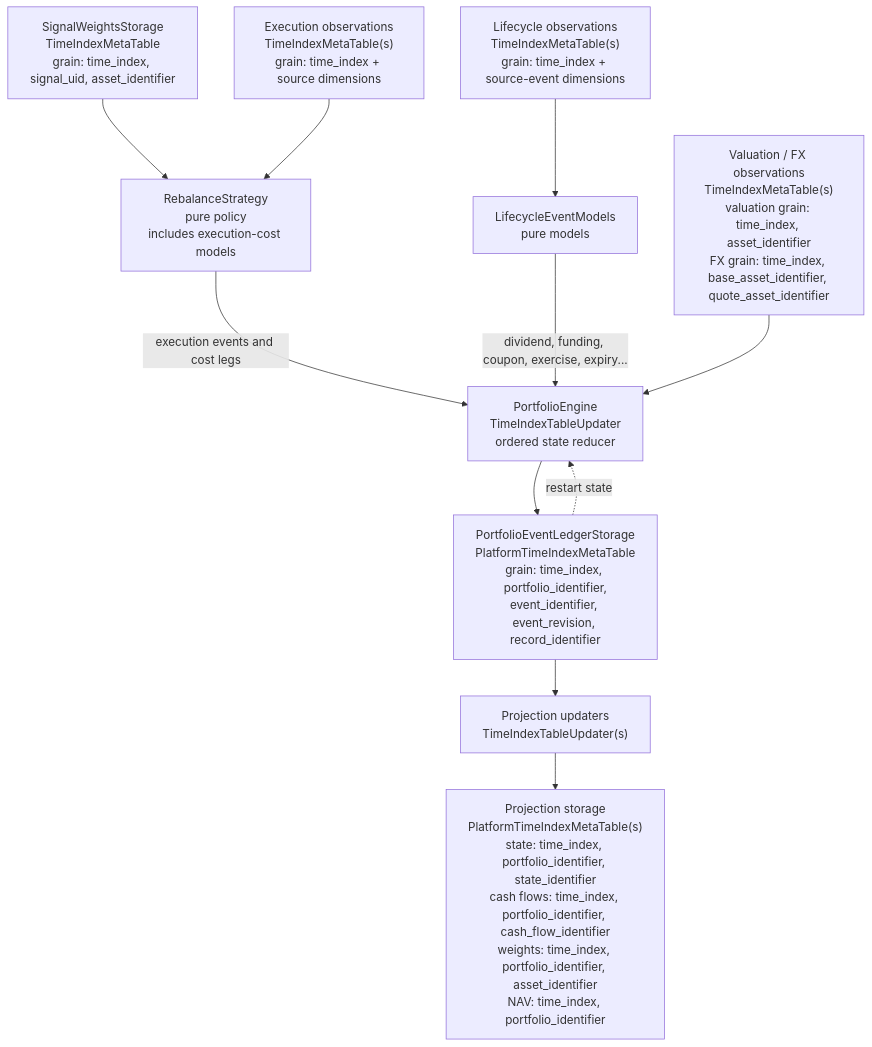
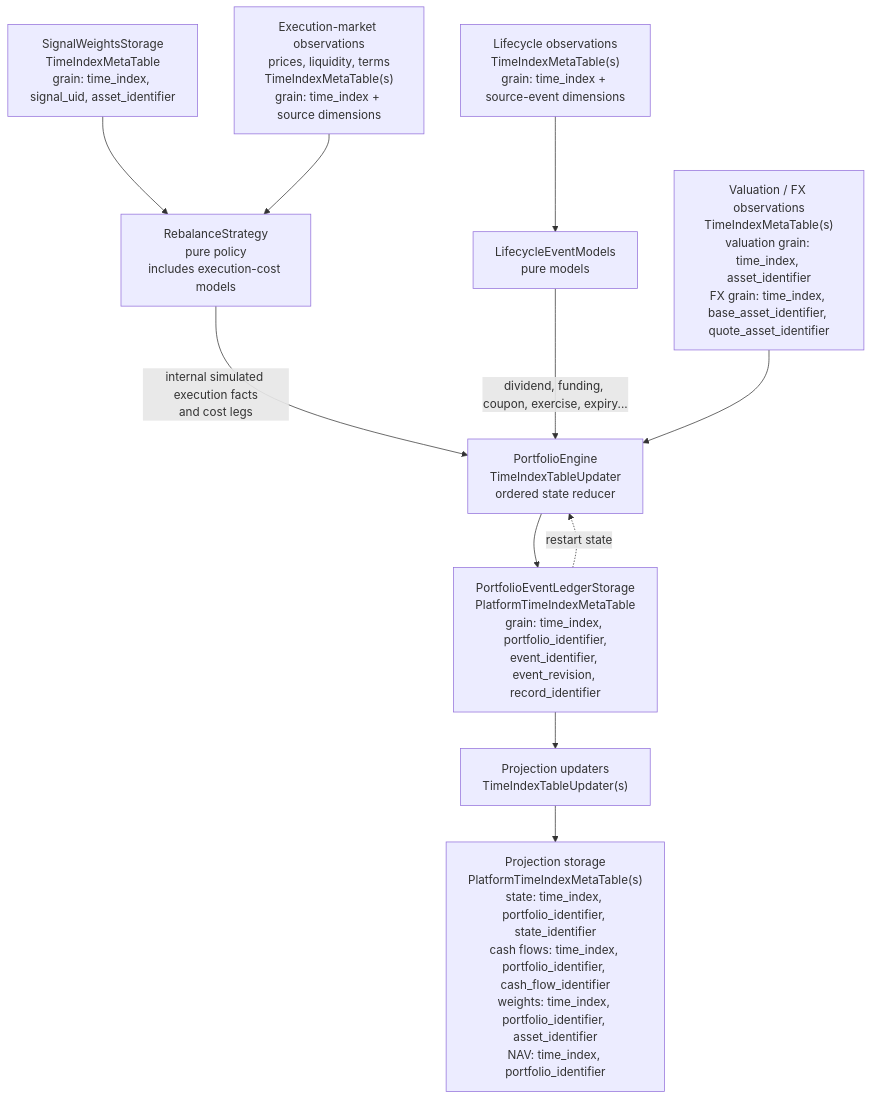
Before and after one commit to mainsequence-projects/MainSequenceMarkets: the diagram in docs/ADR/0042-position-cash-flow-portfolio-accounting.md, drawn with Mermaid. The commit also changed other lines of this file and 29 other files, not shown here.

````diff
--- a/docs/ADR/0042-position-cash-flow-portfolio-accounting.md
+++ b/docs/ADR/0042-position-cash-flow-portfolio-accounting.md
@@ -76,26 +85,26 @@
 ```mermaid
 flowchart TB
     SW["SignalWeightsStorage<br/>TimeIndexMetaTable<br/>grain: time_index, signal_uid, asset_identifier"]
-    XO["Execution observations<br/>TimeIndexMetaTable(s)<br/>grain: time_index + source dimensions"]
+    MO["Execution-market observations<br/>prices, liquidity, terms<br/>TimeIndexMetaTable(s)<br/>grain: time_index + source dimensions"]
     RS["RebalanceStrategy<br/>pure policy<br/>includes execution-cost models"]
 
     LO["Lifecycle observations<br/>TimeIndexMetaTable(s)<br/>grain: time_index + source-event dimensions"]
     LM["LifecycleEventModels<br/>pure models"]
     VO["Valuation / FX observations<br/>TimeIndexMetaTable(s)<br/>valuation grain: time_index, asset_identifier<br/>FX grain: time_index, base_asset_identifier, quote_asset_identifier"]
 
     PE["PortfolioEngine<br/>TimeIndexTableUpdater<br/>ordered state reducer"]
     EL["PortfolioEventLedgerStorage<br/>PlatformTimeIndexMetaTable<br/>grain: time_index, portfolio_identifier,<br/>event_identifier, event_revision, record_identifier"]
     PU["Projection updaters<br/>TimeIndexTableUpdater(s)"]
     PS["Projection storage<br/>PlatformTimeIndexMetaTable(s)<br/>state: time_index, portfolio_identifier, state_identifier<br/>cash flows: time_index, portfolio_identifier, cash_flow_identifier<br/>weights: time_index, portfolio_identifier, asset_identifier<br/>NAV: time_index, portfolio_identifier"]
 
     SW --> RS
-    XO --> RS
+    MO --> RS
     LO --> LM
-    RS -->|execution events and cost legs| PE
+    RS -->|internal simulated execution facts<br/>and cost legs| PE
     LM -->|dividend, funding, coupon, exercise, expiry...| PE
     VO --> PE
     PE --> EL
     EL -. restart state .-> PE
     EL --> PU
     PU --> PS
 ```
````
